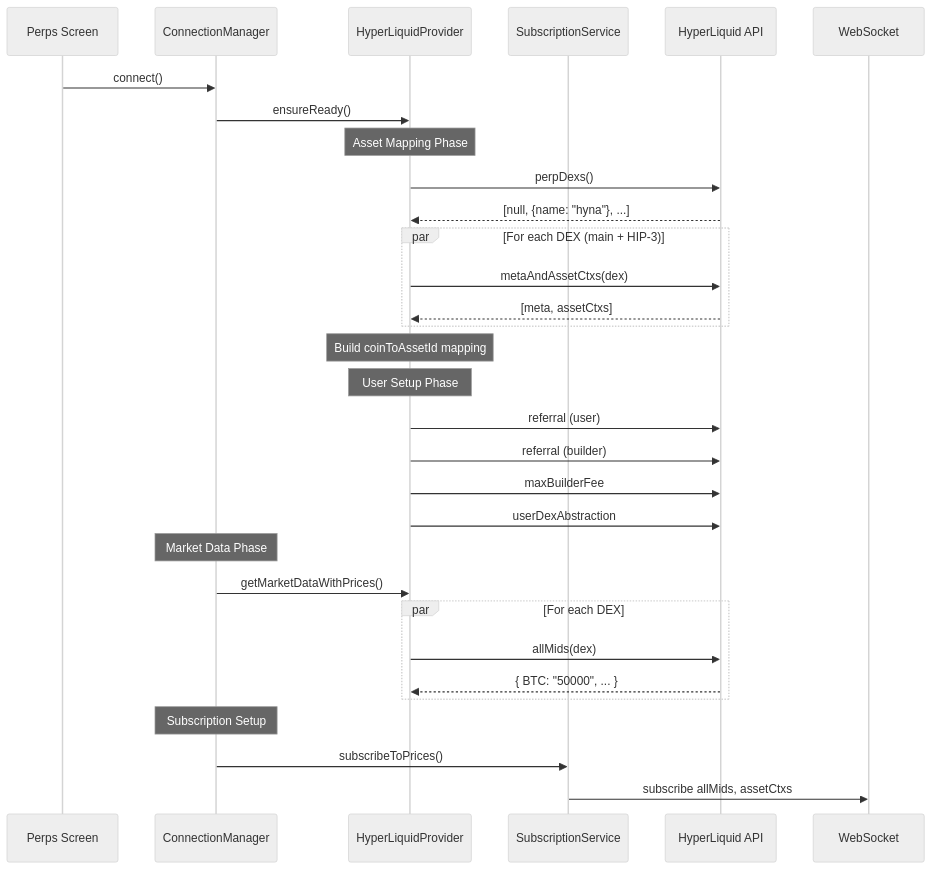
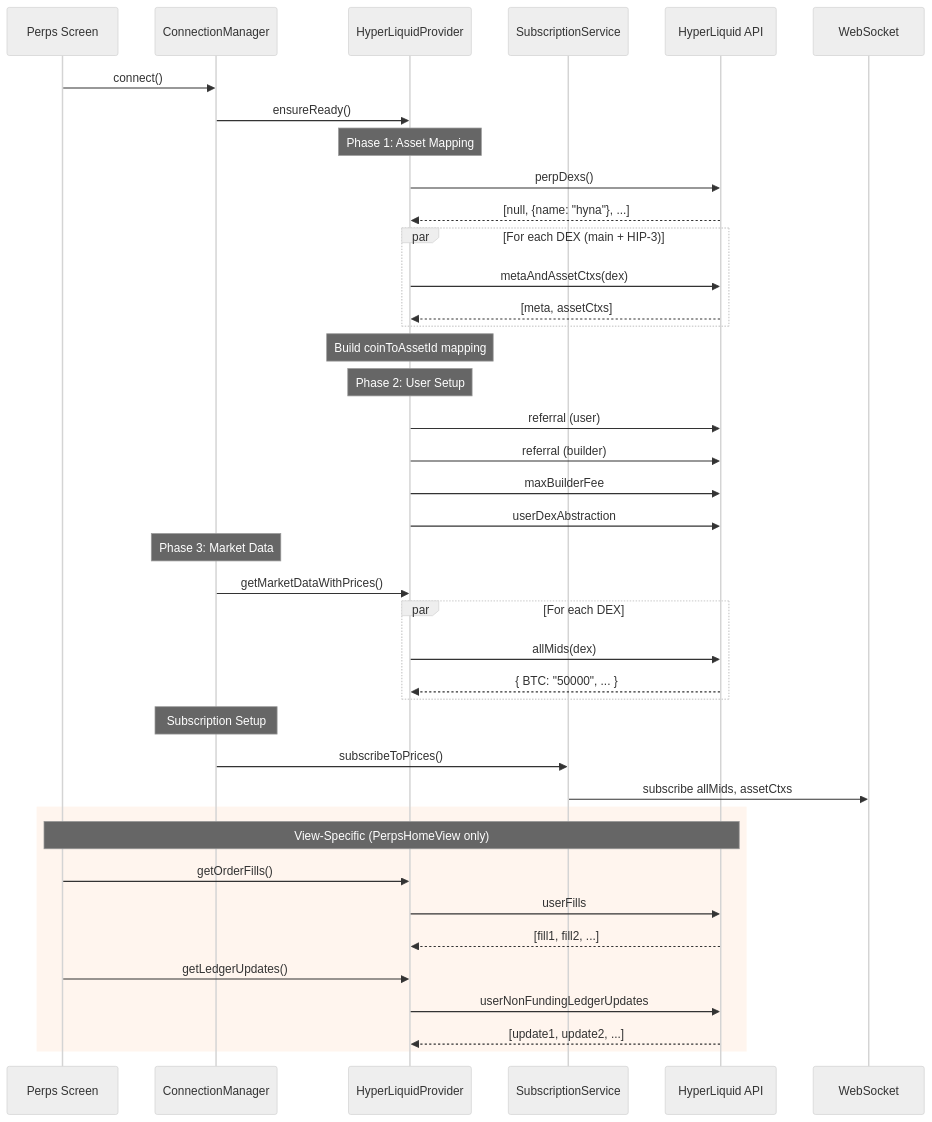
Before and after one commit to MetaMask/metamask-mobile: the first of 3 diagrams in docs/perps/hyperliquid/init-flow.md, drawn with Mermaid (neutral theme). The commit also changed other lines of this file, not shown here.

Commit message:
docs: init flow

````diff
--- a/docs/perps/hyperliquid/init-flow.md
+++ b/docs/perps/hyperliquid/init-flow.md
@@ -9,41 +43,51 @@
 ```mermaid
 sequenceDiagram
     participant UI as Perps Screen
     participant CM as ConnectionManager
     participant HLP as HyperLiquidProvider
     participant SS as SubscriptionService
     participant API as HyperLiquid API
     participant WS as WebSocket
 
     UI->>CM: connect()
     CM->>HLP: ensureReady()
 
-    Note over HLP: Asset Mapping Phase
+    Note over HLP: Phase 1: Asset Mapping
     HLP->>API: perpDexs()
     API-->>HLP: [null, {name: "hyna"}, ...]
 
     par For each DEX (main + HIP-3)
         HLP->>API: metaAndAssetCtxs(dex)
         API-->>HLP: [meta, assetCtxs]
     end
 
     Note over HLP: Build coinToAssetId mapping
 
-    Note over HLP: User Setup Phase
+    Note over HLP: Phase 2: User Setup
     HLP->>API: referral (user)
     HLP->>API: referral (builder)
     HLP->>API: maxBuilderFee
     HLP->>API: userDexAbstraction
 
-    Note over CM: Market Data Phase
+    Note over CM: Phase 3: Market Data
     CM->>HLP: getMarketDataWithPrices()
 
     par For each DEX
         HLP->>API: allMids(dex)
         API-->>HLP: { BTC: "50000", ... }
     end
 
     Note over CM: Subscription Setup
     CM->>SS: subscribeToPrices()
     SS->>WS: subscribe allMids, assetCtxs
+
+    rect rgb(255, 245, 238)
+        Note over UI,API: View-Specific (PerpsHomeView only)
+        UI->>HLP: getOrderFills()
+        HLP->>API: userFills
+        API-->>HLP: [fill1, fill2, ...]
+        UI->>HLP: getLedgerUpdates()
+        HLP->>API: userNonFundingLedgerUpdates
+        API-->>HLP: [update1, update2, ...]
+    end
 ```
````
